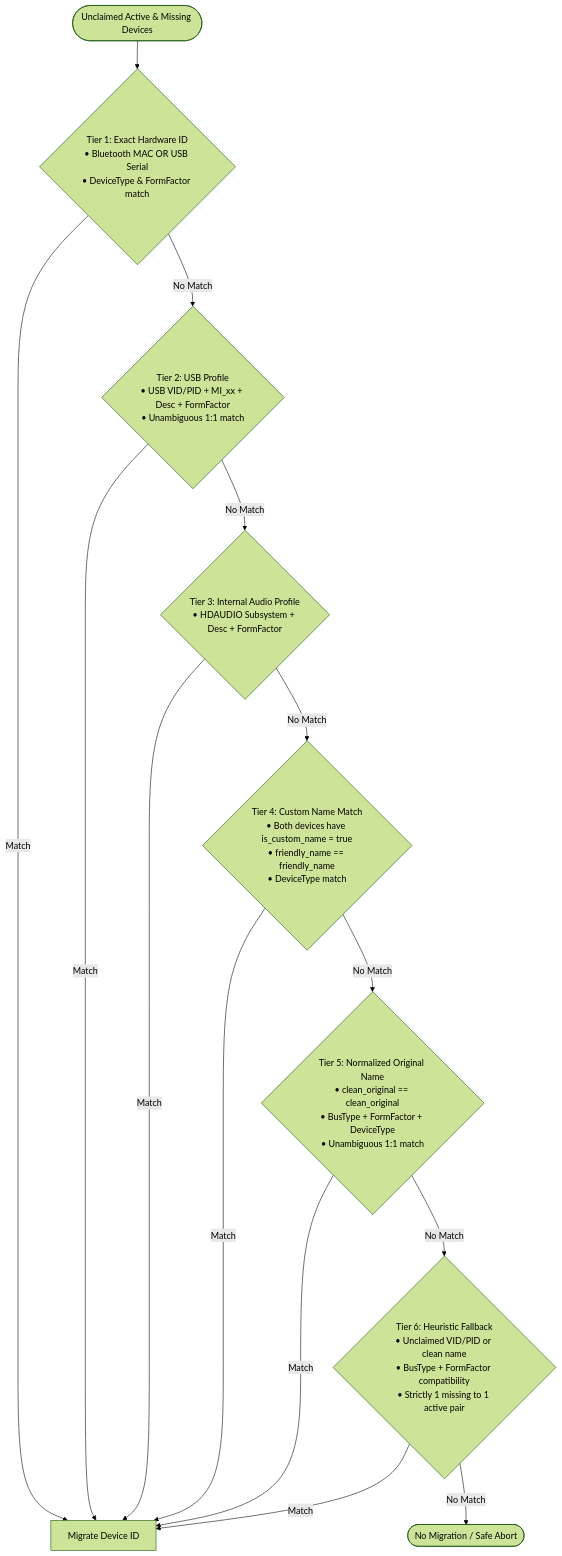
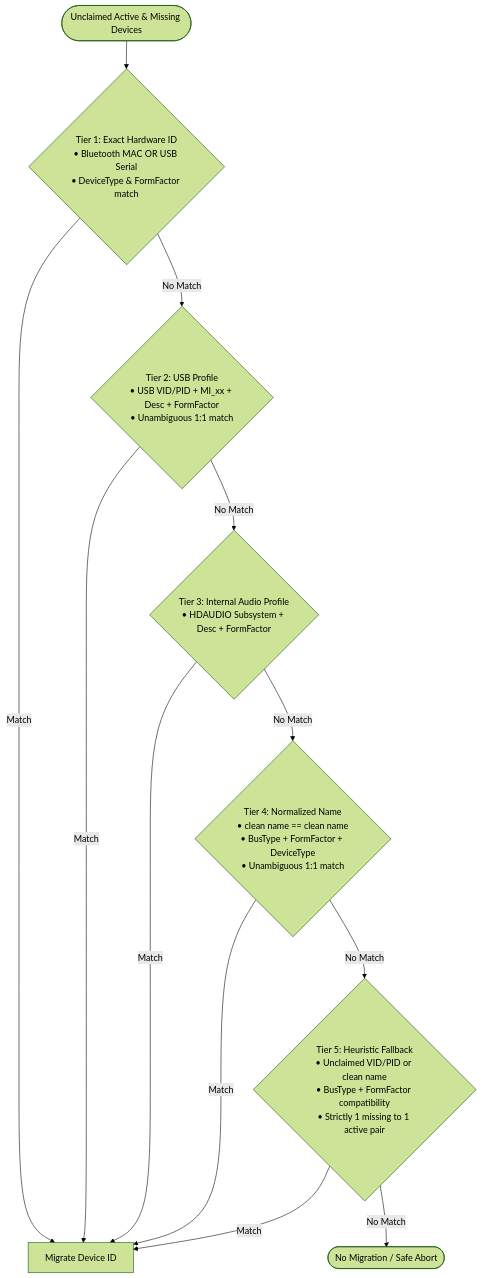
The sixth of 8 diagrams in docs/device-id-migration.md (felipecrs/volume-locker), drawn with Mermaid (forest theme) before and after one commit. The commit also changed other lines of this file and 7 other files, not shown here.

Commit message:
Stop using PKEY_Device_FriendlyName; compose name from DeviceDesc + cleaned interface

````diff
--- a/docs/device-id-migration.md
+++ b/docs/device-id-migration.md
@@ -170,28 +153,24 @@
 ```mermaid
 flowchart TD
     START([Unclaimed Active & Missing Devices]) --> T1
 
     T1{"Tier 1: Exact Hardware ID<br/>• Bluetooth MAC OR USB Serial<br/>• DeviceType & FormFactor match"}
     T1 -->|Match| MIGRATE[Migrate Device ID]
     T1 -->|No Match| T2
 
     T2{"Tier 2: USB Profile<br/>• USB VID/PID + MI_xx + Desc + FormFactor<br/>• Unambiguous 1:1 match"}
     T2 -->|Match| MIGRATE
     T2 -->|No Match| T3
 
     T3{"Tier 3: Internal Audio Profile<br/>• HDAUDIO Subsystem + Desc + FormFactor"}
     T3 -->|Match| MIGRATE
     T3 -->|No Match| T4
 
-    T4{"Tier 4: Custom Name Match<br/>• Both devices have is_custom_name = true<br/>• friendly_name == friendly_name<br/>• DeviceType match"}
+    T4{"Tier 4: Normalized Name<br/>• clean name == clean name<br/>• BusType + FormFactor + DeviceType<br/>• Unambiguous 1:1 match"}
     T4 -->|Match| MIGRATE
     T4 -->|No Match| T5
 
-    T5{"Tier 5: Normalized Original Name<br/>• clean_original == clean_original<br/>• BusType + FormFactor + DeviceType<br/>• Unambiguous 1:1 match"}
+    T5{"Tier 5: Heuristic Fallback<br/>• Unclaimed VID/PID or clean name<br/>• BusType + FormFactor compatibility<br/>• Strictly 1 missing to 1 active pair"}
     T5 -->|Match| MIGRATE
-    T5 -->|No Match| T6
-
-    T6{"Tier 6: Heuristic Fallback<br/>• Unclaimed VID/PID or clean name<br/>• BusType + FormFactor compatibility<br/>• Strictly 1 missing to 1 active pair"}
-    T6 -->|Match| MIGRATE
-    T6 -->|No Match| NONE([No Migration / Safe Abort])
+    T5 -->|No Match| NONE([No Migration / Safe Abort])
 ```
````
